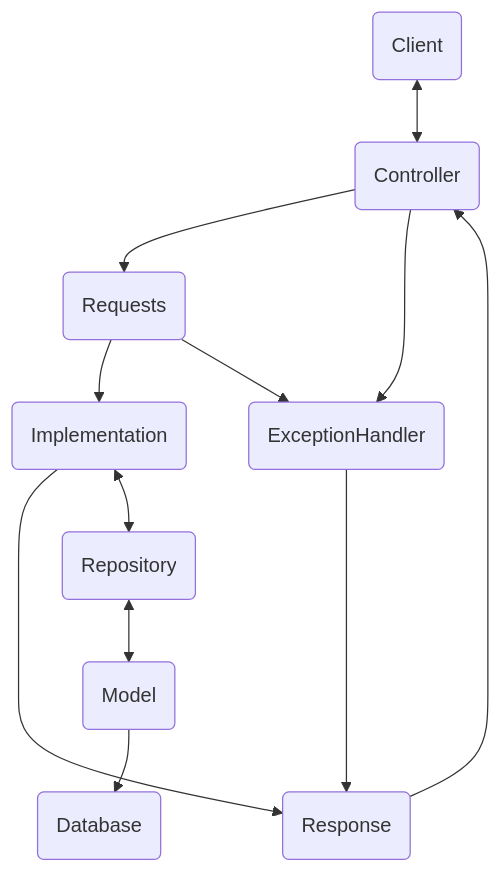
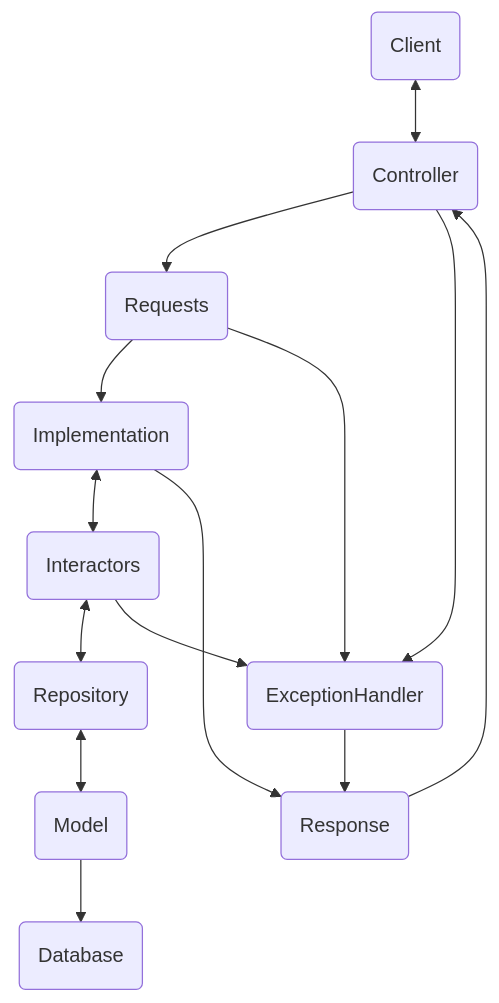
Before and after one commit to CSC207-2022F-UofT/course-project-group-82: the diagram in backend/README.md, drawn with Mermaid. The commit also changed other lines of this file, not shown here.

````diff
--- a/backend/README.md
+++ b/backend/README.md
@@ -58,17 +57,20 @@
 ```mermaid
 flowchart TD
   client(Client) <--> controller(Controller)
 	controller --> requests(Requests)
 	requests --> implementation(Implementation)
+	implementation <--> interactors(Interactors)
+	interactors <--> repository
+	interactors --> exceptionHandler
 	implementation ----> response(Response)
-	implementation <--> repository(Repository)
+	repository(Repository)
 	repository <--> model(Model)
 	model --> database(Database)
 	response --> controller
 	exceptionHandler(ExceptionHandler)
 	controller --> exceptionHandler
 	requests --> exceptionHandler
 	exceptionHandler --> response
-
-
+	
+	
 ```
````
